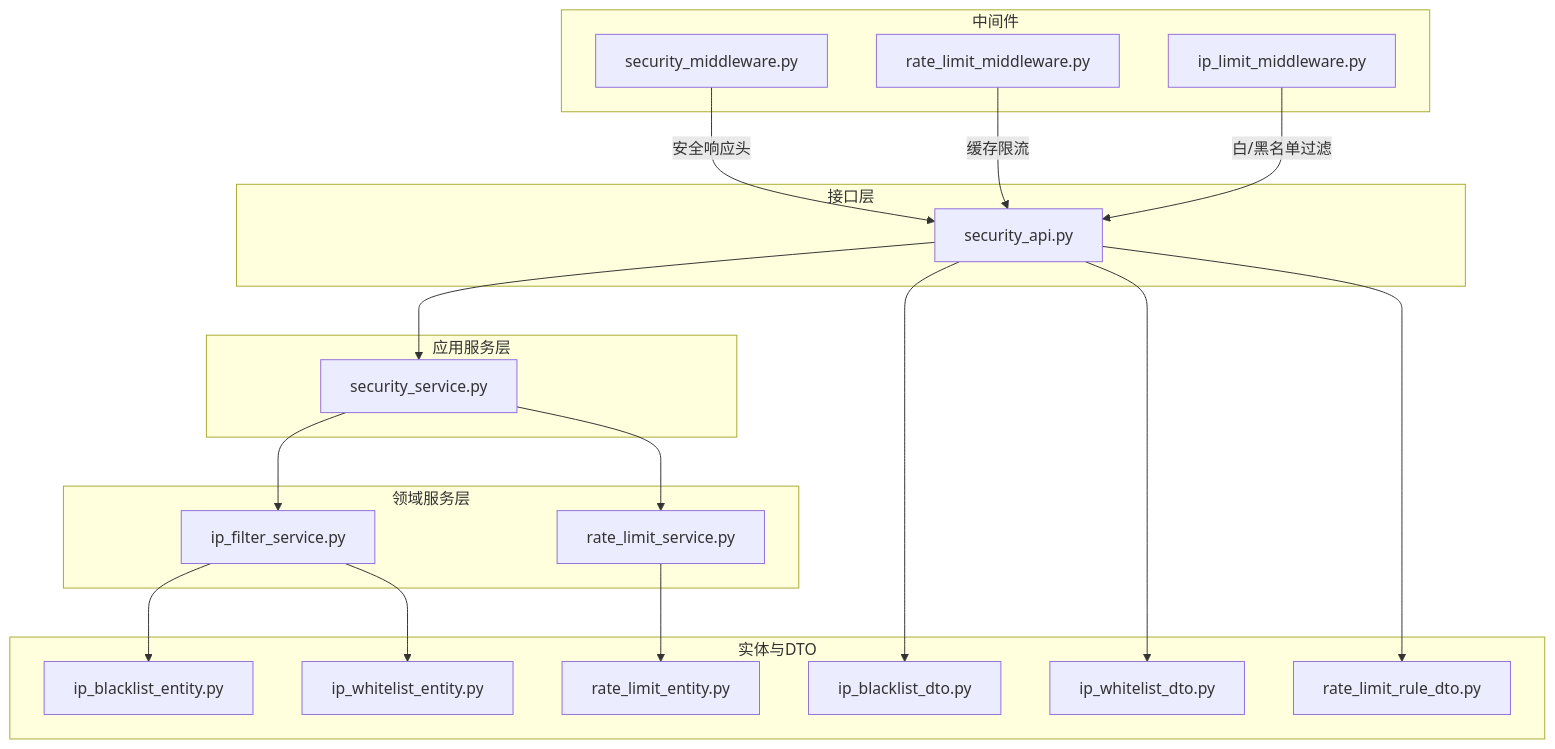
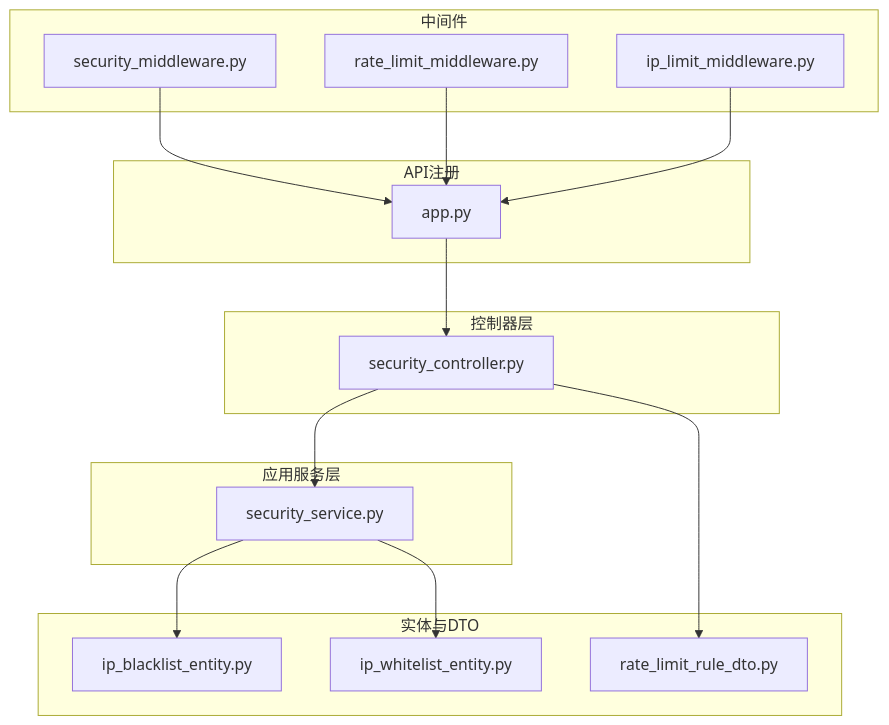
The first of 4 diagrams in .qoder/repowiki/zh/content/API 接口文档/安全防护接口.md (taoweidong/Hello-Django-Ninja-Api), drawn with Mermaid before and after one commit. The commit also changed other lines of this file and 7 other files, not shown here.

````diff
--- a/.qoder/repowiki/zh/content/API 接口文档/安全防护接口.md
+++ b/.qoder/repowiki/zh/content/API 接口文档/安全防护接口.md
@@ -52,38 +57,30 @@
 ```mermaid
 graph TB
-subgraph "接口层"
-SA["security_api.py"]
+subgraph "控制器层"
+SC["security_controller.py"]
 end
 subgraph "应用服务层"
 SS["security_service.py"]
 end
-subgraph "领域服务层"
-IPS["ip_filter_service.py"]
-RLS["rate_limit_service.py"]
-end
 subgraph "实体与DTO"
 E1["ip_blacklist_entity.py"]
 E2["ip_whitelist_entity.py"]
-E3["rate_limit_entity.py"]
-D1["ip_blacklist_dto.py"]
-D2["ip_whitelist_dto.py"]
-D3["rate_limit_rule_dto.py"]
+D1["rate_limit_rule_dto.py"]
 end
 subgraph "中间件"
 SM["security_middleware.py"]
 RLM["rate_limit_middleware.py"]
-ILm["ip_limit_middleware.py"]
+ILM["ip_limit_middleware.py"]
 end
-SA --> SS
-SS --> IPS
-SS --> RLS
-IPS --> E1
-IPS --> E2
-RLS --> E3
-SA --> D1
-SA --> D2
-SA --> D3
-SM --> |"安全响应头"| SA
-RLM --> |"缓存限流"| SA
-ILm --> |"白/黑名单过滤"| SA
+subgraph "API注册"
+APP["app.py"]
+end
+SC --> SS
+SS --> E1
+SS --> E2
+SC --> D1
+APP --> SC
+SM --> APP
+RLM --> APP
+ILM --> APP
 ```
````
